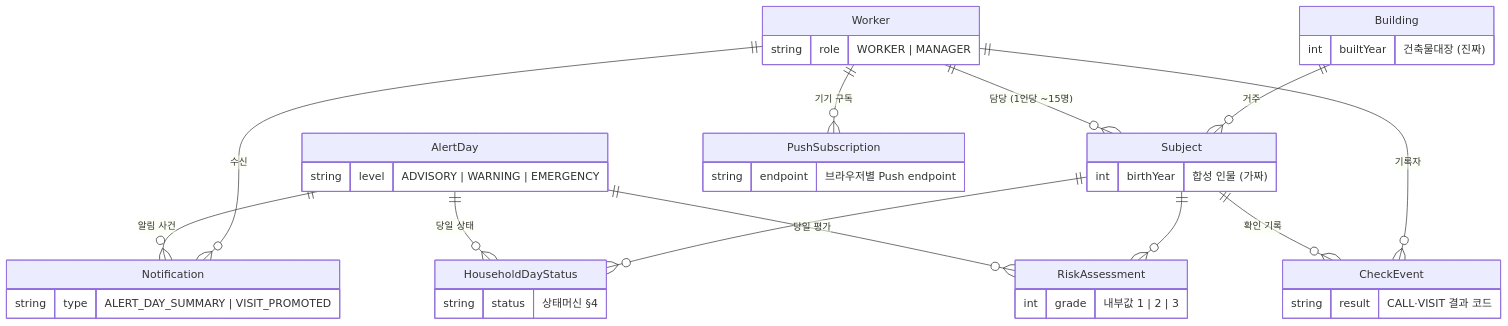
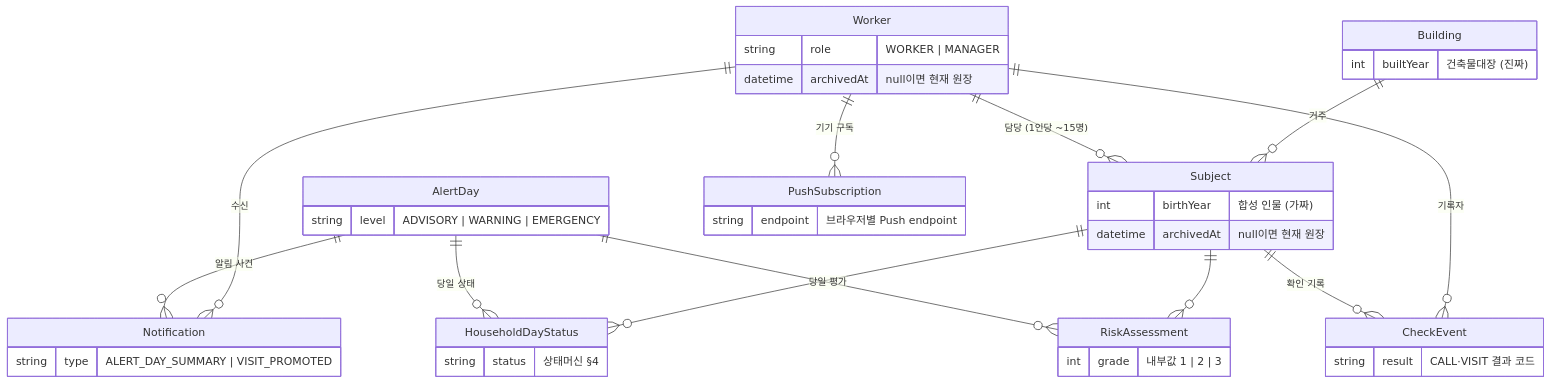
One commit to NO-TOKEN-NO-WORK/this-house-first changed the second of 3 diagrams in docs/architecture.md. Above: the diagram before and after it, drawn with Mermaid. The commit also changed other lines of this file and 36 other files, not shown here.

````diff
--- a/docs/architecture.md
+++ b/docs/architecture.md
@@ -86,24 +86,30 @@
 ```mermaid
 erDiagram
     Worker ||--o{ Subject : "담당 (1인당 ~15명)"
     Building ||--o{ Subject : "거주"
     AlertDay ||--o{ RiskAssessment : "당일 평가"
     Subject ||--o{ RiskAssessment : ""
     AlertDay ||--o{ HouseholdDayStatus : "당일 상태"
     Subject ||--o{ HouseholdDayStatus : ""
     Subject ||--o{ CheckEvent : "확인 기록"
     Worker ||--o{ CheckEvent : "기록자"
     AlertDay ||--o{ Notification : "알림 사건"
     Worker ||--o{ Notification : "수신"
     Worker ||--o{ PushSubscription : "기기 구독"
 
-    Worker { string role "WORKER | MANAGER" }
+    Worker {
+        string role "WORKER | MANAGER"
+        datetime archivedAt "null이면 현재 원장"
+    }
     Building { int builtYear "건축물대장 (진짜)" }
-    Subject { int birthYear "합성 인물 (가짜)" }
+    Subject {
+        int birthYear "합성 인물 (가짜)"
+        datetime archivedAt "null이면 현재 원장"
+    }
     AlertDay { string level "ADVISORY | WARNING | EMERGENCY" }
     RiskAssessment { int grade "내부값 1 | 2 | 3" }
     HouseholdDayStatus { string status "상태머신 §4" }
     CheckEvent { string result "CALL·VISIT 결과 코드" }
     Notification { string type "ALERT_DAY_SUMMARY | VISIT_PROMOTED" }
     PushSubscription { string endpoint "브라우저별 Push endpoint" }
 ```
````
